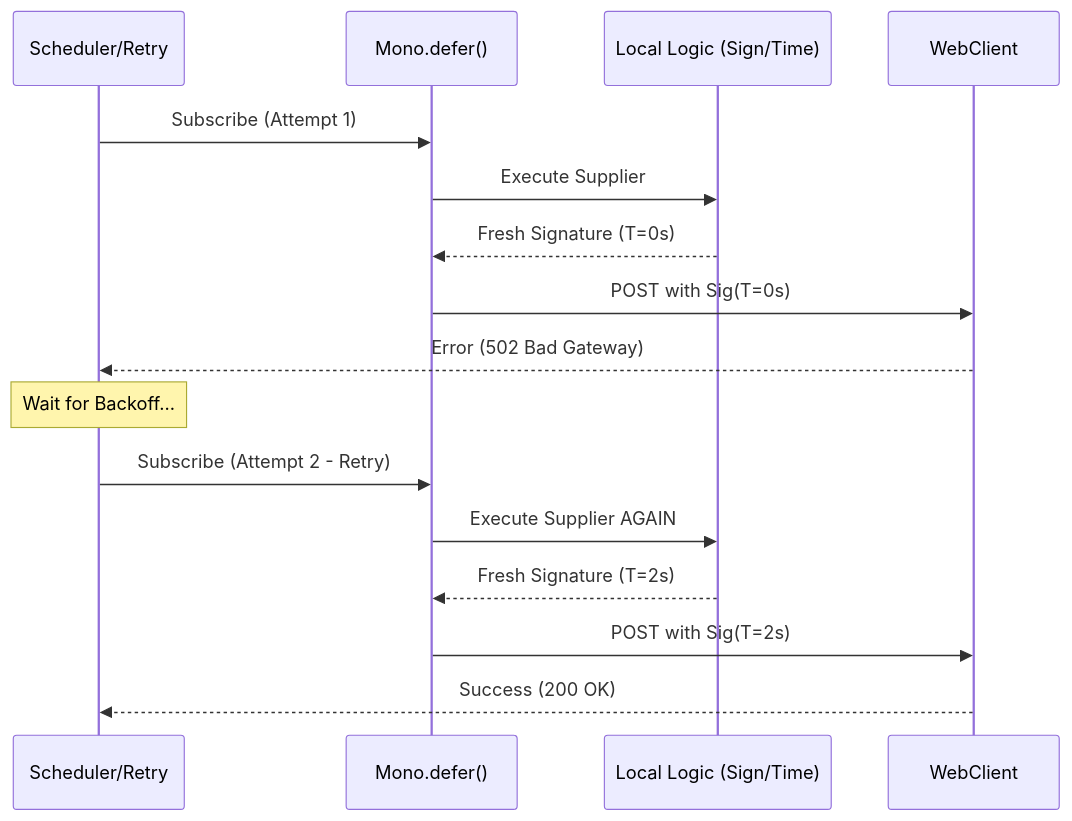
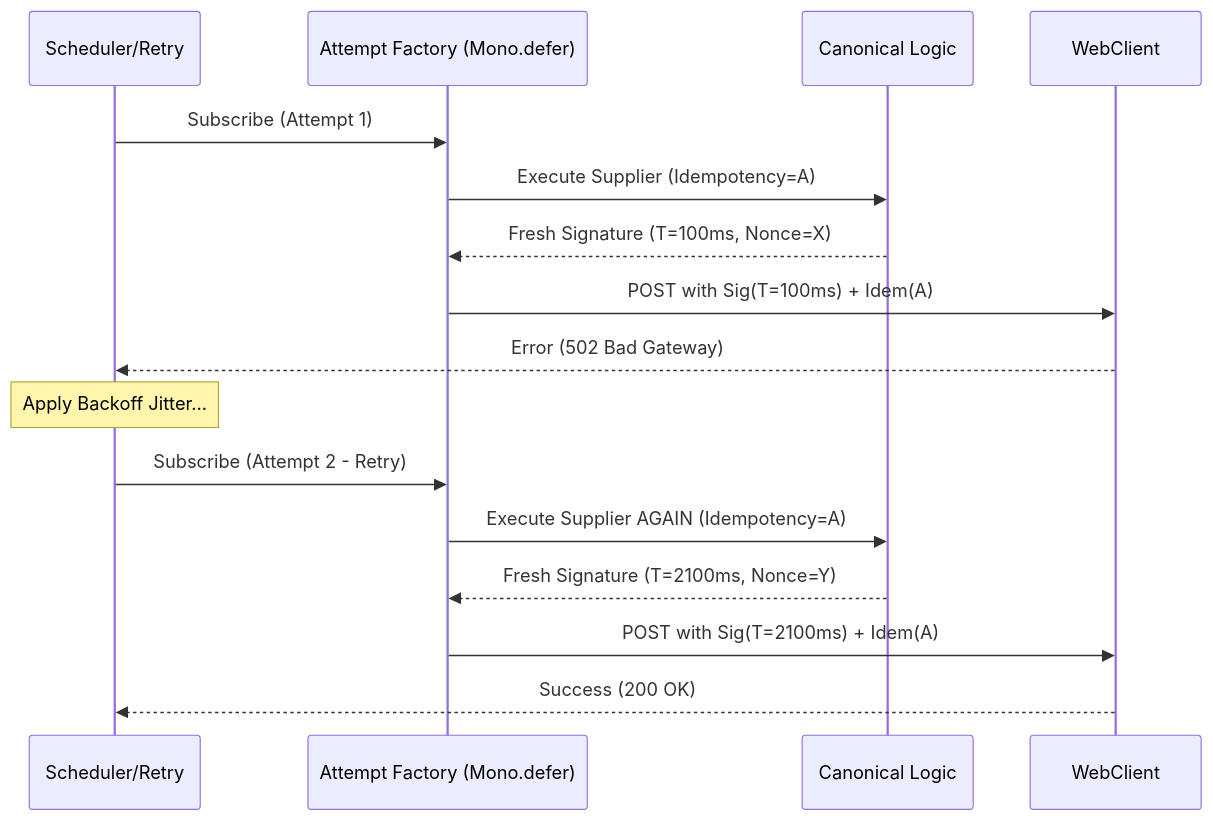
One commit to tuanhiep/principal changed the diagram in content/posts/series_4/2.the_temporal_rift_in_reactive_cores.md. Above: the diagram before and after it, drawn with Mermaid. The commit also changed other lines of this file and 1 other file, not shown here.

Commit message:
Autopsy of a Hybrid Architecture (2/4): The Temporal Rift in Reactive Cores

````diff
--- a/content/posts/series_4/2.the_temporal_rift_in_reactive_cores.md
+++ b/content/posts/series_4/2.the_temporal_rift_in_reactive_cores.md
@@ -82,21 +121,21 @@
 ```mermaid
 sequenceDiagram
     participant S as Scheduler/Retry
-    participant D as Mono.defer()
-    participant L as Local Logic (Sign/Time)
+    participant D as Attempt Factory (Mono.defer)
+    participant L as Canonical Logic
     participant W as WebClient
 
     S->>D: Subscribe (Attempt 1)
-    D->>L: Execute Supplier
-    L-->>D: Fresh Signature (T=0s)
-    D->>W: POST with Sig(T=0s)
+    D->>L: Execute Supplier (Idempotency=A)
+    L-->>D: Fresh Signature (T=100ms, Nonce=X)
+    D->>W: POST with Sig(T=100ms) + Idem(A)
     W-->>S: Error (502 Bad Gateway)
-
-    Note over S: Wait for Backoff...
-
+    
+    Note over S: Apply Backoff Jitter...
+    
     S->>D: Subscribe (Attempt 2 - Retry)
-    D->>L: Execute Supplier AGAIN
-    L-->>D: Fresh Signature (T=2s)
-    D->>W: POST with Sig(T=2s)
+    D->>L: Execute Supplier AGAIN (Idempotency=A)
+    L-->>D: Fresh Signature (T=2100ms, Nonce=Y)
+    D->>W: POST with Sig(T=2100ms) + Idem(A)
     W-->>S: Success (200 OK)
 ```
````
